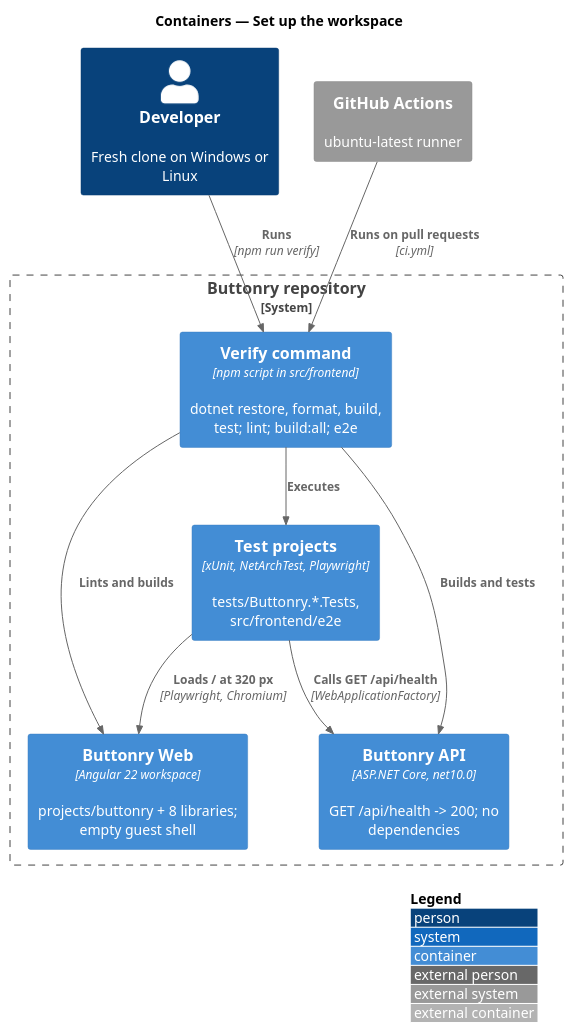
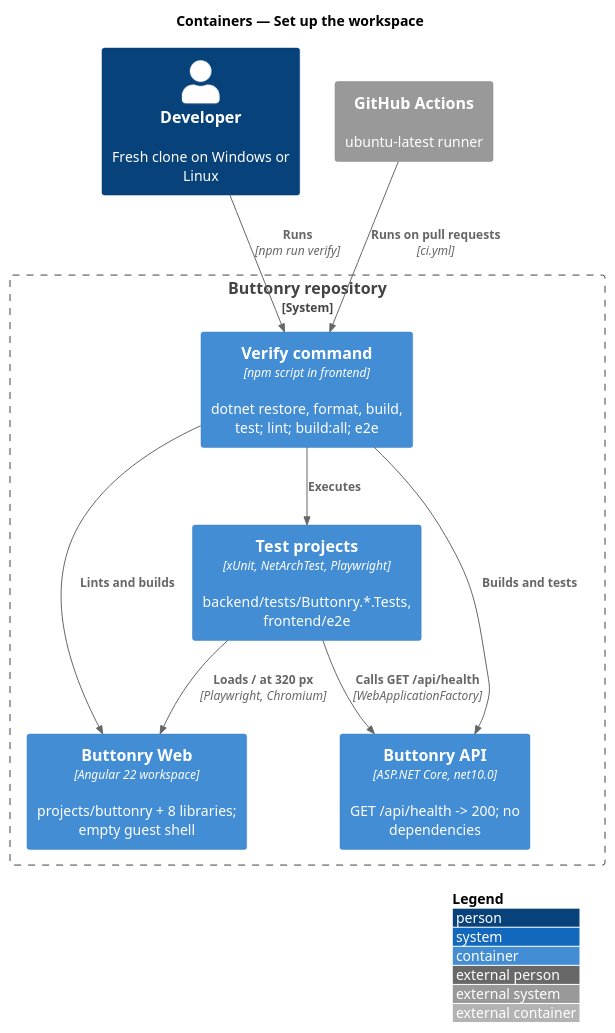
Before and after one commit to QuinntyneBrown/buttonry: the diagram in docs/detailed-designs/platform/set-up-the-workspace/diagrams/c4-container.puml, drawn with PlantUML. The commit also changed 921 other files, not shown here.

First line of the commit message:
Move backend into backend/{src,tests} and the frontend into frontend/

```diff
--- a/docs/detailed-designs/platform/set-up-the-workspace/diagrams/c4-container.puml
+++ b/docs/detailed-designs/platform/set-up-the-workspace/diagrams/c4-container.puml
@@ -1,21 +1,21 @@
 @startuml
 !include <C4/C4_Container>
 LAYOUT_WITH_LEGEND()
 title Containers — Set up the workspace
 
 Person(dev, "Developer", "Fresh clone on Windows or Linux")
 System_Ext(ci, "GitHub Actions", "ubuntu-latest runner")
 System_Boundary(repo, "Buttonry repository") {
-  Container(verify, "Verify command", "npm script in src/frontend", "dotnet restore, format, build, test; lint; build:all; e2e")
+  Container(verify, "Verify command", "npm script in frontend", "dotnet restore, format, build, test; lint; build:all; e2e")
   Container(web, "Buttonry Web", "Angular 22 workspace", "projects/buttonry + 8 libraries; empty guest shell")
   Container(api, "Buttonry API", "ASP.NET Core, net10.0", "GET /api/health -> 200; no dependencies")
-  Container(tests, "Test projects", "xUnit, NetArchTest, Playwright", "tests/Buttonry.*.Tests, src/frontend/e2e")
+  Container(tests, "Test projects", "xUnit, NetArchTest, Playwright", "backend/tests/Buttonry.*.Tests, frontend/e2e")
 }
 Rel(dev, verify, "Runs", "npm run verify")
 Rel(ci, verify, "Runs on pull requests", "ci.yml")
 Rel(verify, api, "Builds and tests")
 Rel(verify, web, "Lints and builds")
 Rel(verify, tests, "Executes")
 Rel(tests, api, "Calls GET /api/health", "WebApplicationFactory")
 Rel(tests, web, "Loads / at 320 px", "Playwright, Chromium")
 @enduml
```
